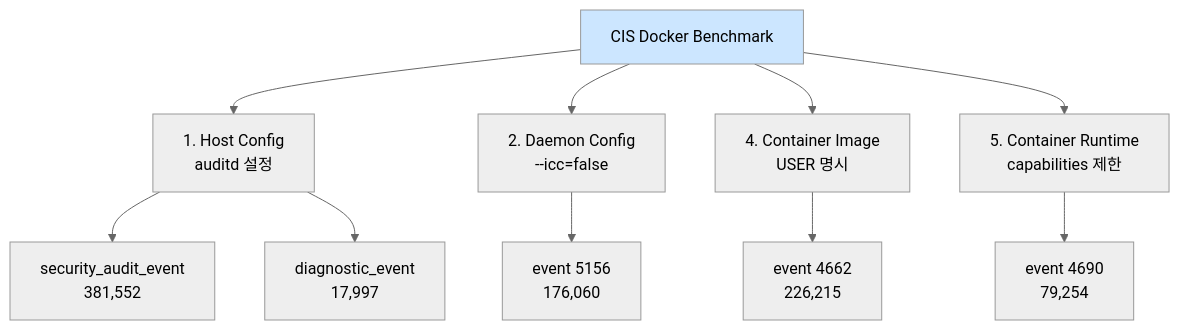
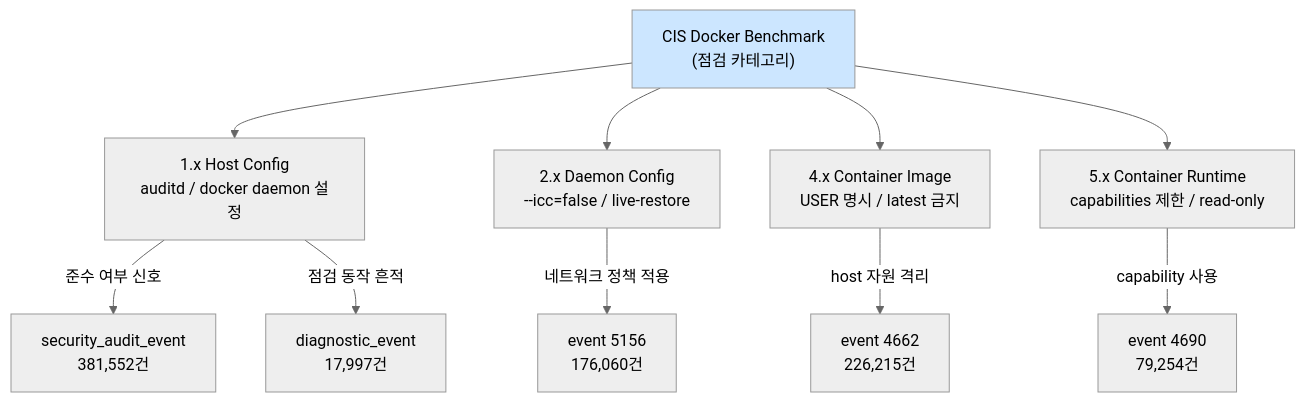
One commit to mrgrit/ccc changed the diagram in contents/education/course6-cloud-container/week07/lecture.md. Above: the diagram before and after it, drawn with Mermaid (neutral theme). The commit also changed other lines of this file and 12 other files, not shown here.

````diff
--- a/contents/education/course6-cloud-container/week07/lecture.md
+++ b/contents/education/course6-cloud-container/week07/lecture.md
@@ -503,15 +509,15 @@
 ```mermaid
 graph TB
-    CIS["CIS Docker Benchmark"]
-    CIS --> H1["1. Host Config<br/>auditd 설정"]
-    CIS --> H2["2. Daemon Config<br/>--icc=false"]
-    CIS --> H4["4. Container Image<br/>USER 명시"]
-    CIS --> H5["5. Container Runtime<br/>capabilities 제한"]
-    H1 --> AUD[security_audit_event<br/>381,552]
-    H1 --> DIA[diagnostic_event<br/>17,997]
-    H2 --> WFP[event 5156<br/>176,060]
-    H4 --> OBJ[event 4662<br/>226,215]
-    H5 --> CAP[event 4690<br/>79,254]
+    CIS["CIS Docker Benchmark<br/>(점검 카테고리)"]
+    CIS --> H1["1.x Host Config<br/>auditd / docker daemon 설정"]
+    CIS --> H2["2.x Daemon Config<br/>--icc=false / live-restore"]
+    CIS --> H4["4.x Container Image<br/>USER 명시 / latest 금지"]
+    CIS --> H5["5.x Container Runtime<br/>capabilities 제한 / read-only"]
+    H1 -->|준수 여부 신호| AUD["security_audit_event<br/>381,552건"]
+    H1 -->|점검 동작 흔적| DIA["diagnostic_event<br/>17,997건"]
+    H2 -->|네트워크 정책 적용| WFP["event 5156<br/>176,060건"]
+    H4 -->|host 자원 격리| OBJ["event 4662<br/>226,215건"]
+    H5 -->|capability 사용| CAP["event 4690<br/>79,254건"]
 
     style CIS fill:#cce6ff
 ```
````
